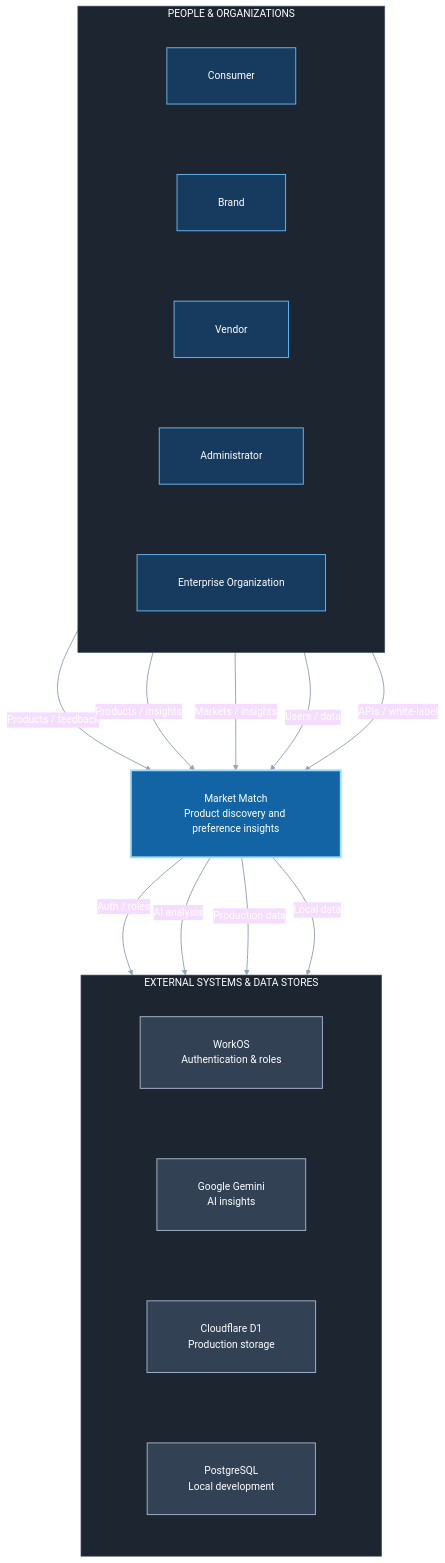
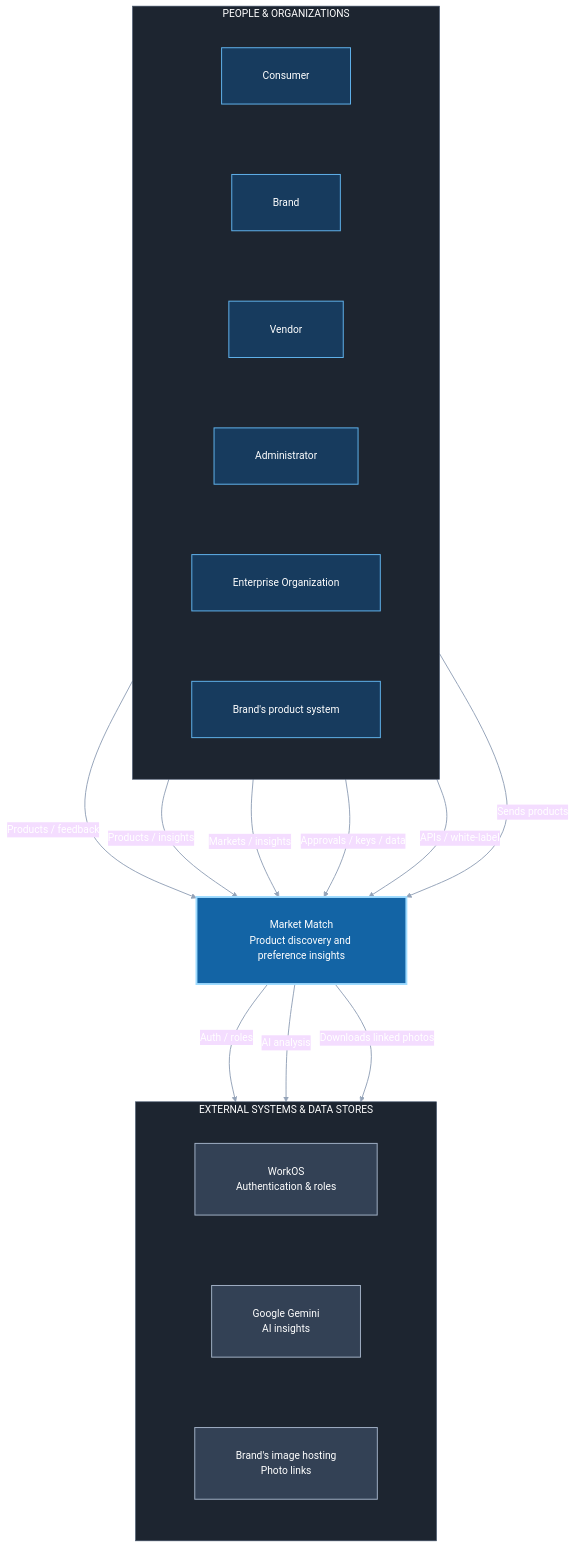
The second of 3 diagrams in docs/design/architectural-design.md (gkuchar/cosc-40943-team-11-market-match), drawn with Mermaid before and after one commit. The commit also changed other lines of this file and 9 other files, not shown here.

````diff
--- a/docs/design/architectural-design.md
+++ b/docs/design/architectural-design.md
@@ -129,43 +133,43 @@
 ```mermaid
 %%{init: {"theme":"base","themeVariables":{"background":"#161B22","primaryTextColor":"#FFFFFF","lineColor":"#94A3B8","fontFamily":"Arial, sans-serif","fontSize":"16px"},"flowchart":{"nodeSpacing":110,"rankSpacing":160,"curve":"basis","htmlLabels":true,"padding":32}}}%%
 flowchart TB
     subgraph ACTORS["PEOPLE & ORGANIZATIONS"]
         direction LR
         consumer["Consumer"]
         brand["Brand"]
         vendor["Vendor"]
         admin["Administrator"]
         enterprise["Enterprise Organization"]
+        brandsys["Brand's product system"]
     end
 
     mm["Market Match<br/>Product discovery and preference insights"]
 
     subgraph SERVICES["EXTERNAL SYSTEMS & DATA STORES"]
         direction LR
         workos["WorkOS<br/>Authentication & roles"]
         gemini["Google Gemini<br/>AI insights"]
-        d1["Cloudflare D1<br/>Production storage"]
-        postgres["PostgreSQL<br/>Local development"]
+        brandweb["Brand's image hosting<br/>Photo links"]
     end
 
     consumer -->|"Products / feedback"| mm
     brand -->|"Products / insights"| mm
     vendor -->|"Markets / insights"| mm
-    admin -->|"Users / data"| mm
+    admin -->|"Approvals / keys / data"| mm
     enterprise -->|"APIs / white-label"| mm
+    brandsys -->|"Sends products"| mm
 
     mm -->|"Auth / roles"| workos
     mm -->|"AI analysis"| gemini
-    mm -->|"Production data"| d1
-    mm -->|"Local data"| postgres
+    mm -->|"Downloads linked photos"| brandweb
 
     classDef actor fill:#173B5E,stroke:#62B5EF,stroke-width:1.5px,color:#FFFFFF
     classDef main fill:#1364A5,stroke:#9EDBFF,stroke-width:3px,color:#FFFFFF
     classDef external fill:#334155,stroke:#A3B2C7,stroke-width:1.5px,color:#FFFFFF
-    class consumer,brand,vendor,admin,enterprise actor
+    class consumer,brand,vendor,admin,enterprise,brandsys actor
     class mm main
-    class workos,gemini,d1,postgres external
+    class workos,gemini,brandweb external
     style ACTORS fill:#1D2530,stroke:#43536A,color:#FFFFFF
     style SERVICES fill:#1D2530,stroke:#43536A,color:#FFFFFF
     linkStyle default stroke:#94A3B8,stroke-width:1.5px,color:#FFFFFF
 ```
````
